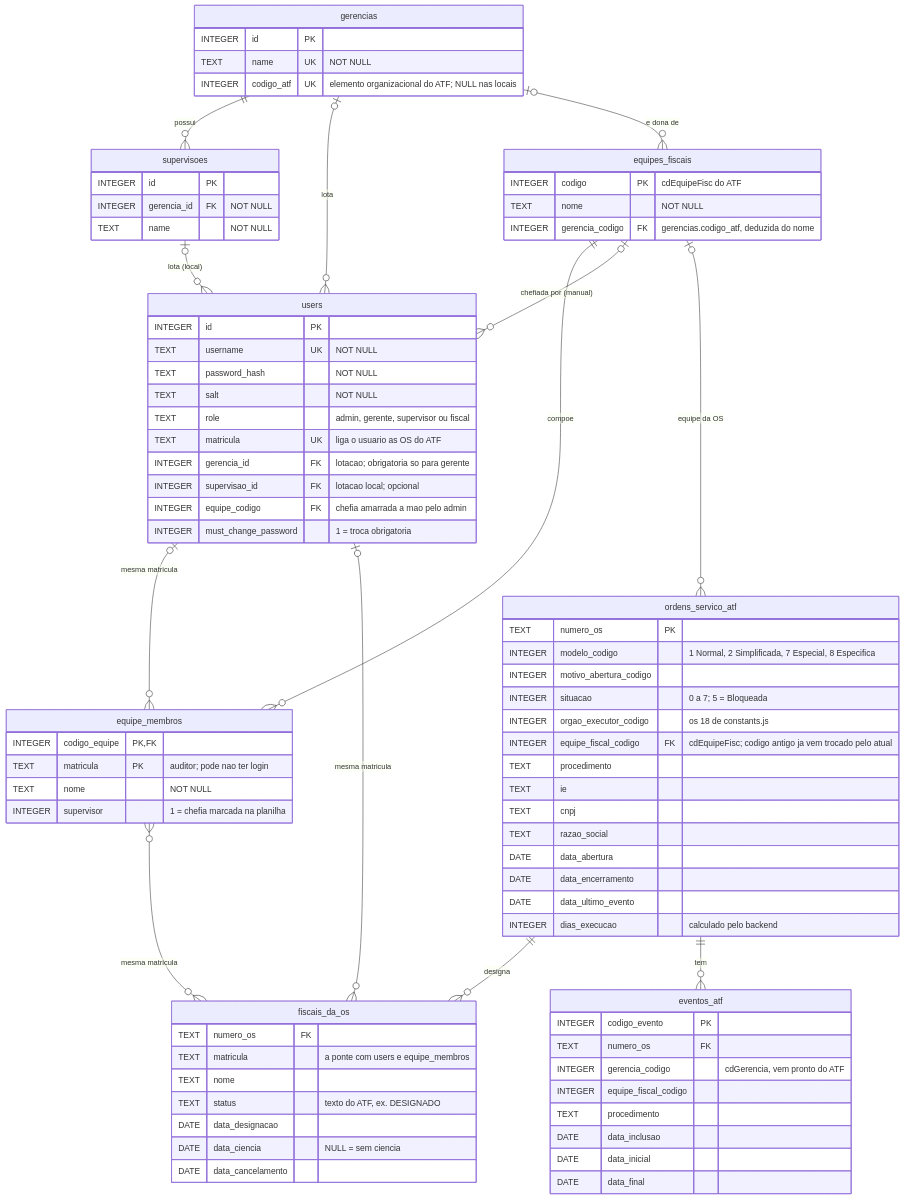
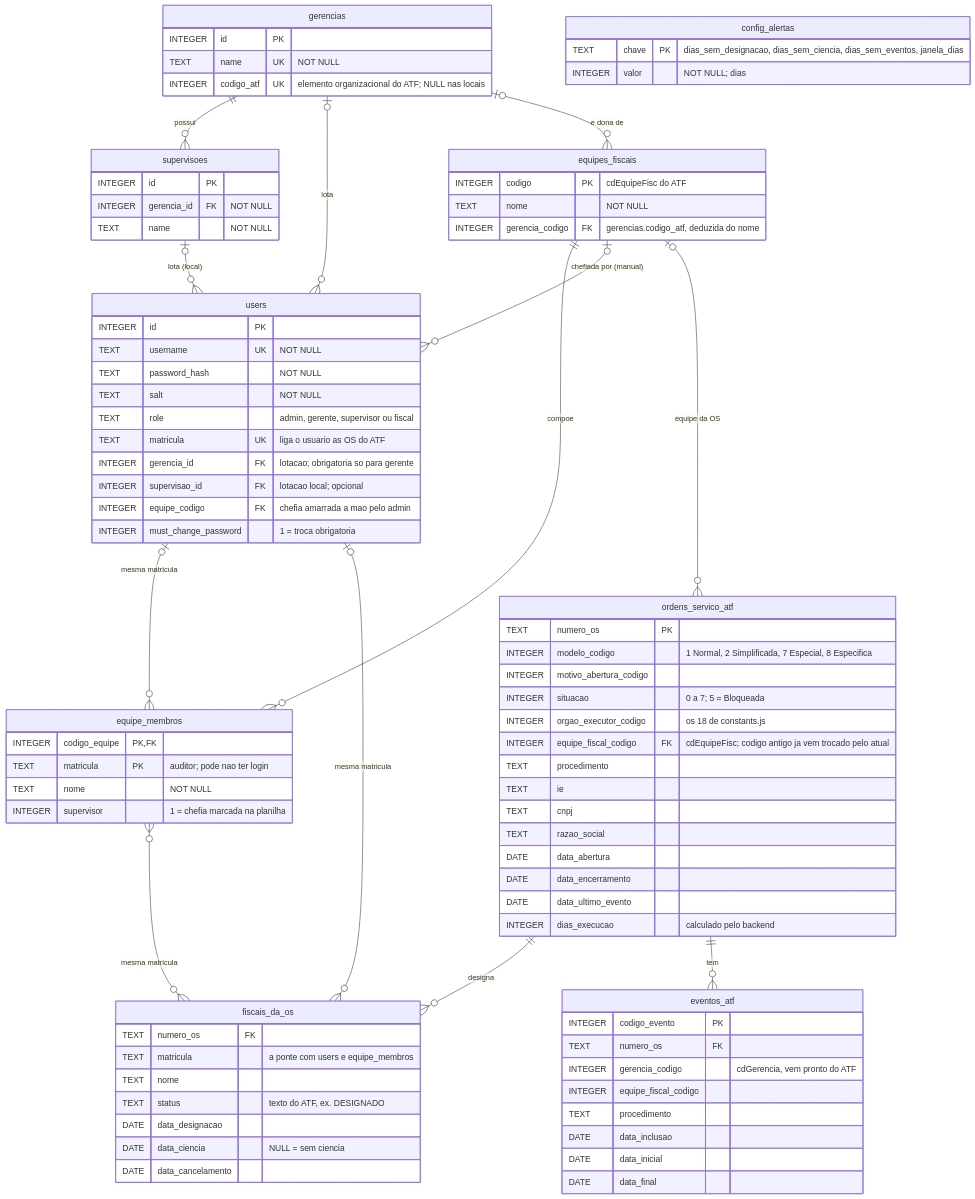
Before and after one commit to RodrigoAraujo12/sistema_OS: the diagram in docs/diagrama-er.md, drawn with Mermaid. The commit also changed other lines of this file and 14 other files, not shown here.

```diff
--- a/docs/diagrama-er.md
+++ b/docs/diagrama-er.md
@@ -51,6 +51,11 @@
         TEXT matricula PK "auditor; pode nao ter login"
         TEXT nome "NOT NULL"
         INTEGER supervisor "1 = chefia marcada na planilha"
+    }
+
+    config_alertas {
+        TEXT chave PK "dias_sem_designacao, dias_sem_ciencia, dias_sem_eventos, janela_dias"
+        INTEGER valor "NOT NULL; dias"
     }
 
     ordens_servico_atf {
```
